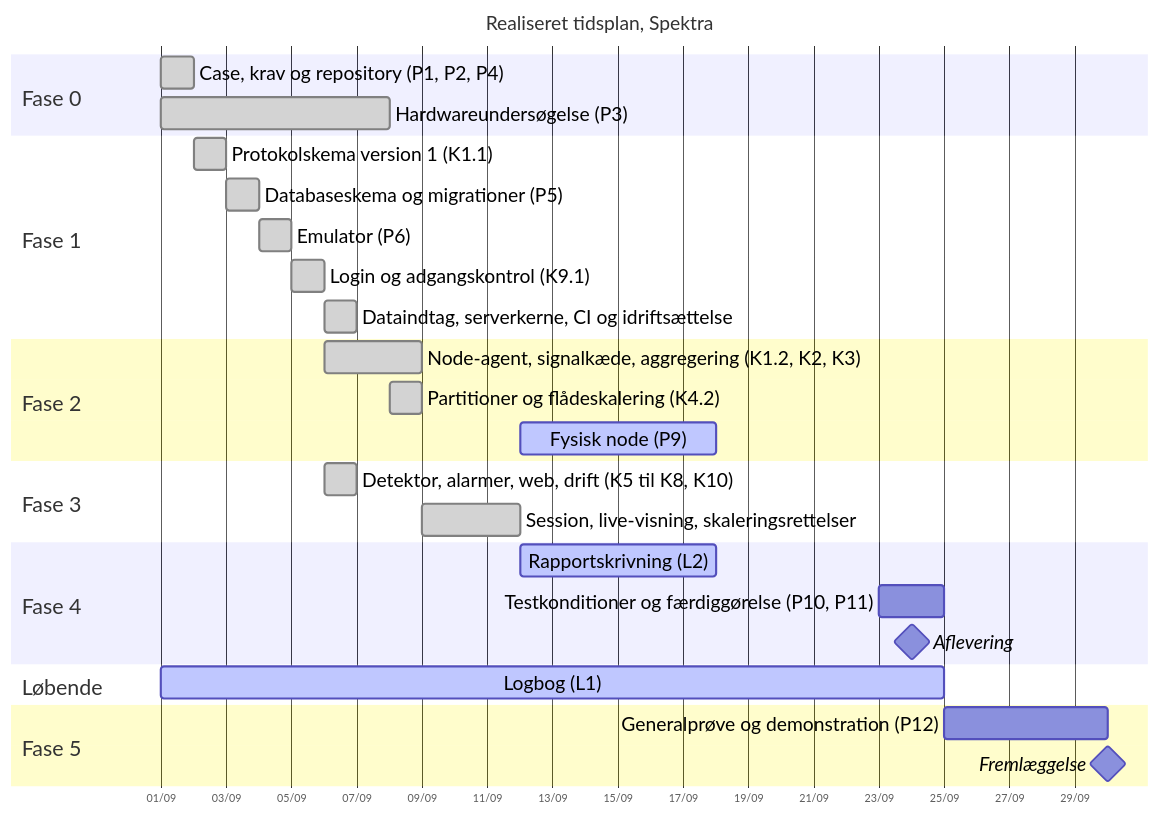
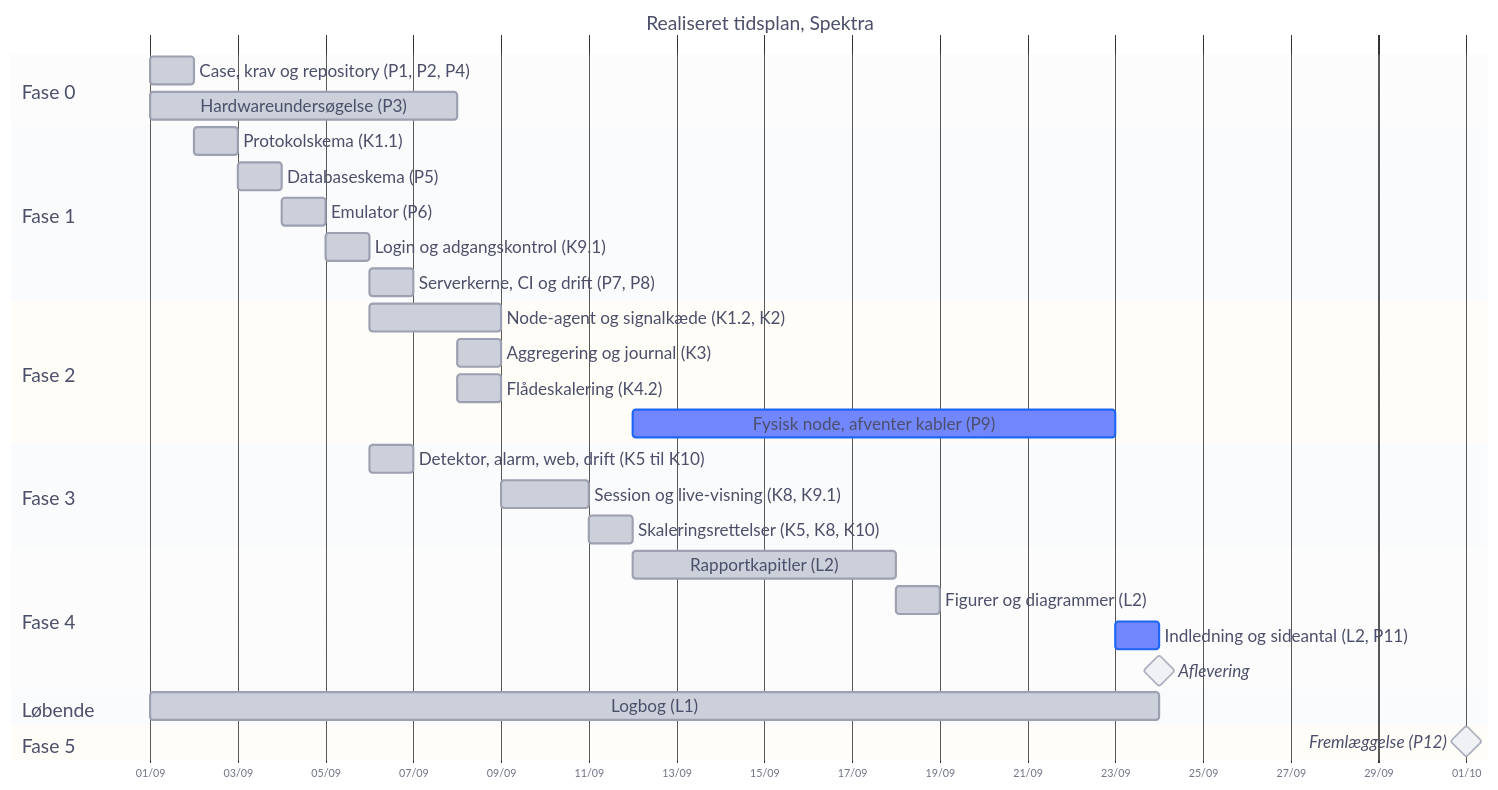
Before and after one commit to BastianAsmussen/Spektra: the diagram in docs/figures/realiseret.mmd, drawn with Mermaid. The commit also changed 3 other files, not shown here.

Commit message:
docs: indledning og sideantal (L2, P11)

```diff
--- a/docs/figures/realiseret.mmd
+++ b/docs/figures/realiseret.mmd
@@ -1,47 +1,69 @@
 ---
 config:
+  theme: base
+  themeVariables:
+    fontFamily: "Libertinus Serif, Georgia, serif"
+    textColor: "#4c4f69"
+    titleColor: "#4c4f69"
+    sectionBkgColor: "#eff1f5"
+    altSectionBkgColor: "#e6e9ef"
+    gridColor: "#ccd0da"
+    doneTaskBkgColor: "#ccd0da"
+    doneTaskBorderColor: "#9ca0b0"
+    activeTaskBkgColor: "#7287fd"
+    activeTaskBorderColor: "#1e66f5"
+    taskBkgColor: "#eff1f5"
+    taskBorderColor: "#acb0be"
+    taskTextColor: "#4c4f69"
+    taskTextDarkColor: "#4c4f69"
+    taskTextOutsideColor: "#4c4f69"
+    taskTextLightColor: "#eff1f5"
   gantt:
-    fontSize: 18
-    sectionFontSize: 20
-    barHeight: 30
-    barGap: 8
-    leftPadding: 140
-    gridLineStartPadding: 40
+    fontSize: 16
+    sectionFontSize: 18
+    barHeight: 26
+    barGap: 7
+    leftPadding: 130
+    rightPadding: 40
+    gridLineStartPadding: 30
+    useWidth: 1400
 ---
 gantt
     title Realiseret tidsplan, Spektra
     dateFormat YYYY-MM-DD
     axisFormat %d/%m
     todayMarker off
 
     section Fase 0
-    Case, krav og repository (P1, P2, P4)                    :done, r0a, 2026-09-01, 1d
-    Hardwareundersøgelse (P3)                                :done, r0b, 2026-09-01, 7d
+    Case, krav og repository (P1, P2, P4)       :done, r0a, 2026-09-01, 1d
+    Hardwareundersøgelse (P3)                   :done, r0b, 2026-09-01, 7d
 
     section Fase 1
-    Protokolskema version 1 (K1.1)                           :done, r1a, 2026-09-02, 1d
-    Databaseskema og migrationer (P5)                        :done, r1c, 2026-09-03, 1d
-    Emulator (P6)                                            :done, r1d, 2026-09-04, 1d
-    Login og adgangskontrol (K9.1)                           :done, r1e, 2026-09-05, 1d
-    Dataindtag, serverkerne, CI og idriftsættelse            :done, r1f, 2026-09-06, 1d
+    Protokolskema (K1.1)                        :done, r1a, 2026-09-02, 1d
+    Databaseskema (P5)                          :done, r1b, 2026-09-03, 1d
+    Emulator (P6)                               :done, r1c, 2026-09-04, 1d
+    Login og adgangskontrol (K9.1)              :done, r1d, 2026-09-05, 1d
+    Serverkerne, CI og drift (P7, P8)           :done, r1e, 2026-09-06, 1d
 
     section Fase 2
-    Node-agent, signalkæde, aggregering (K1.2, K2, K3)       :done, r2a, 2026-09-06, 3d
-    Partitioner og flådeskalering (K4.2)                     :done, r2c, 2026-09-08, 1d
-    Fysisk node (P9)                                         :active, r2d, 2026-09-12, 6d
+    Node-agent og signalkæde (K1.2, K2)         :done, r2a, 2026-09-06, 3d
+    Aggregering og journal (K3)                 :done, r2b, 2026-09-08, 1d
+    Flådeskalering (K4.2)                       :done, r2c, 2026-09-08, 1d
+    Fysisk node, afventer kabler (P9)           :active, r2d, 2026-09-12, 11d
 
     section Fase 3
-    Detektor, alarmer, web, drift (K5 til K8, K10)           :done, r3a, 2026-09-06, 1d
-    Session, live-visning, skaleringsrettelser               :done, r3b, 2026-09-09, 3d
+    Detektor, alarm, web, drift (K5 til K10)    :done, r3a, 2026-09-06, 1d
+    Session og live-visning (K8, K9.1)          :done, r3b, 2026-09-09, 2d
+    Skaleringsrettelser (K5, K8, K10)           :done, r3c, 2026-09-11, 1d
 
     section Fase 4
-    Rapportskrivning (L2)                                    :active, r4a, 2026-09-12, 6d
-    Testkonditioner og færdiggørelse (P10, P11)              :r4b, 2026-09-23, 2d
-    Aflevering                                               :milestone, m1, 2026-09-24, 0d
+    Rapportkapitler (L2)                        :done, r4a, 2026-09-12, 6d
+    Figurer og diagrammer (L2)                  :done, r4b, 2026-09-18, 1d
+    Indledning og sideantal (L2, P11)           :active, r4c, 2026-09-23, 1d
+    Aflevering                                  :milestone, m1, 2026-09-24, 0d
 
     section Løbende
-    Logbog (L1)                                              :active, l1, 2026-09-01, 24d
+    Logbog (L1)                                 :done, l1, 2026-09-01, 23d
 
     section Fase 5
-    Generalprøve og demonstration (P12)                     :r5a, 2026-09-25, 5d
-    Fremlæggelse                                            :milestone, m2, 2026-09-30, 0d
+    Fremlæggelse (P12)                          :milestone, m2, 2026-10-01, 0d
```
